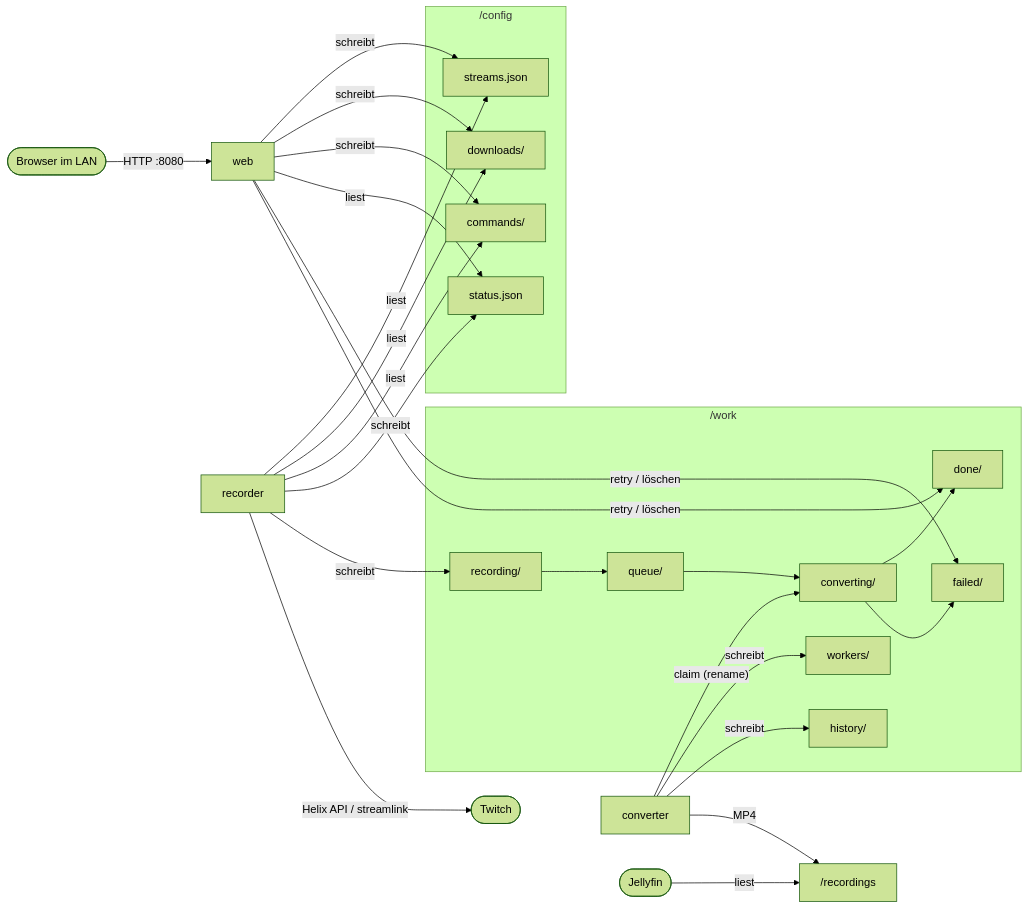
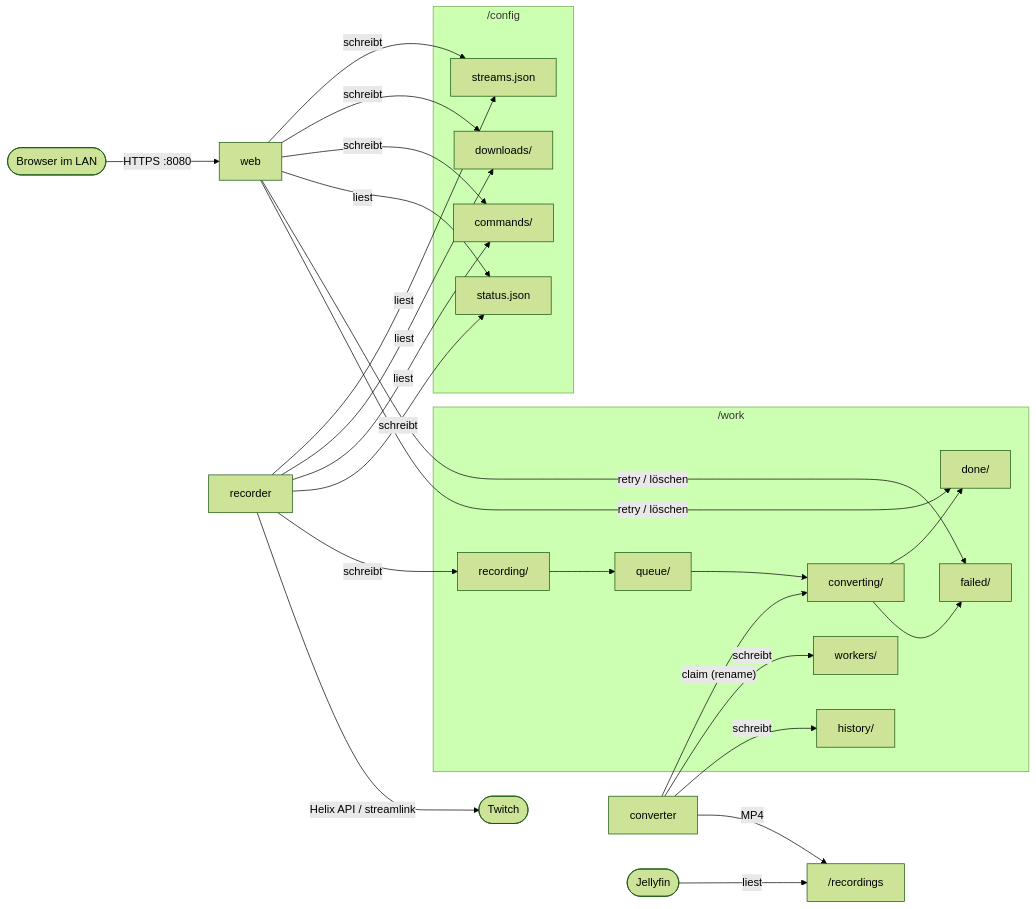
Before and after one commit to MatKos169/StreamlinkContainer: the diagram in docs/ARCHITECTURE.md, drawn with Mermaid (forest theme). The commit also changed other lines of this file and 14 other files, not shown here.

First line of the commit message:
feat: HTTPS for the web UI (self-signed), OpenAPI spec, JSON errors

````diff
--- a/docs/ARCHITECTURE.md
+++ b/docs/ARCHITECTURE.md
@@ -15,27 +17,27 @@
 ```mermaid
 flowchart LR
-    user([Browser im LAN]) -- HTTP :8080 --> web
+    user([Browser im LAN]) -- "HTTPS :8080" --> web
     subgraph config["/config"]
         streams[streams.json]
         status[status.json]
         dl[downloads/]
         cmd[commands/]
     end
     subgraph work["/work"]
         rec[recording/] --> queue[queue/] --> conv[converting/]
         conv --> done[done/]
         conv --> failed[failed/]
         workers[workers/]
         history[history/]
     end
     web -- schreibt --> streams & dl & cmd
     web -- liest --> status
     web -- "retry / löschen" --> failed & done
     recorder -- liest --> streams & dl & cmd
     recorder -- schreibt --> status & rec
     recorder -- "Helix API / streamlink" --> twitch([Twitch])
     converter -- "claim (rename)" --> conv
     converter -- schreibt --> workers & history
     converter -- MP4 --> media["/recordings"]
     jellyfin([Jellyfin]) -- liest --> media
 ```
````
